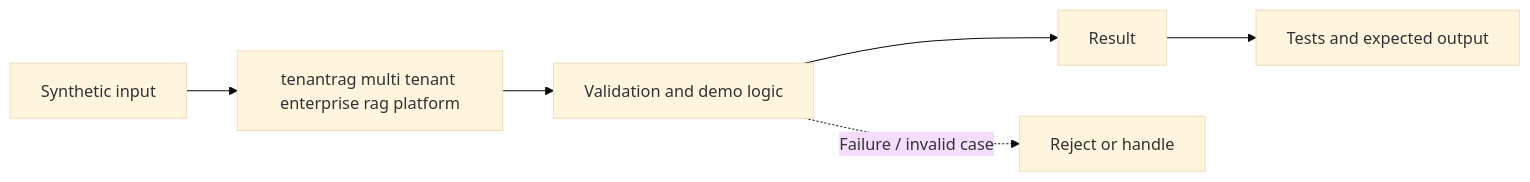
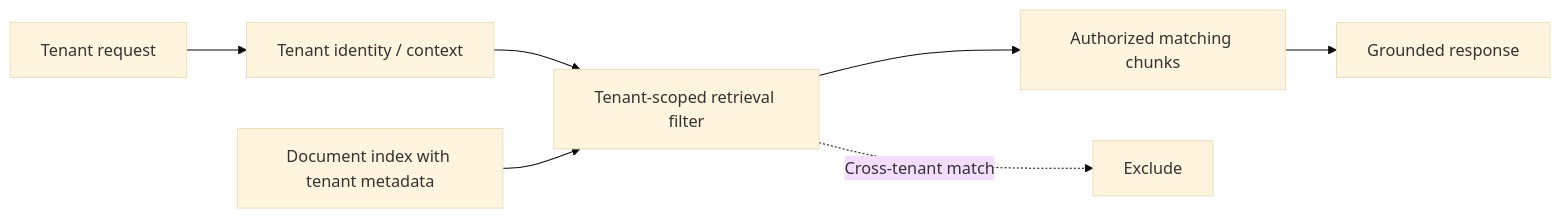
Before and after one commit to akkhil2012/AgenticSamplesPrincipalEngineer: the diagram in docs/architecture.md, drawn with Mermaid (base theme). The commit also changed other lines of this file, not shown here.

Commit message:
docs: add concept-specific architecture flow

````diff
--- a/docs/architecture.md
+++ b/docs/architecture.md
@@ -3,8 +5,9 @@
 ```mermaid
 flowchart LR
- A["Synthetic input"] --> B["tenantrag multi tenant enterprise rag platform"]
- B --> C["Validation and demo logic"]
- C --> D["Result"]
- C -. "Failure / invalid case" .-> E["Reject or handle"]
- D --> F["Tests and expected output"]
+ A["Tenant request"] --> I["Tenant identity / context"]
+ I --> F["Tenant-scoped retrieval filter"]
+ K["Document index with tenant metadata"] --> F
+ F --> R["Authorized matching chunks"]
+ R --> O["Grounded response"]
+ F -. "Cross-tenant match" .-> X["Exclude"]
 ```
````
